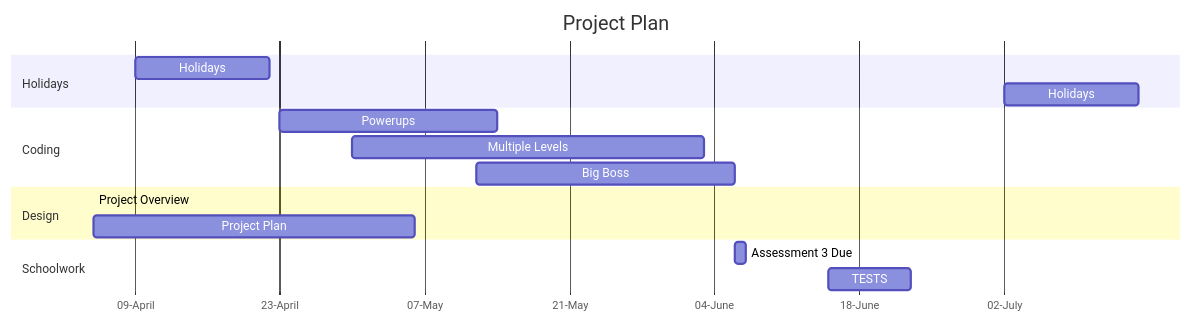
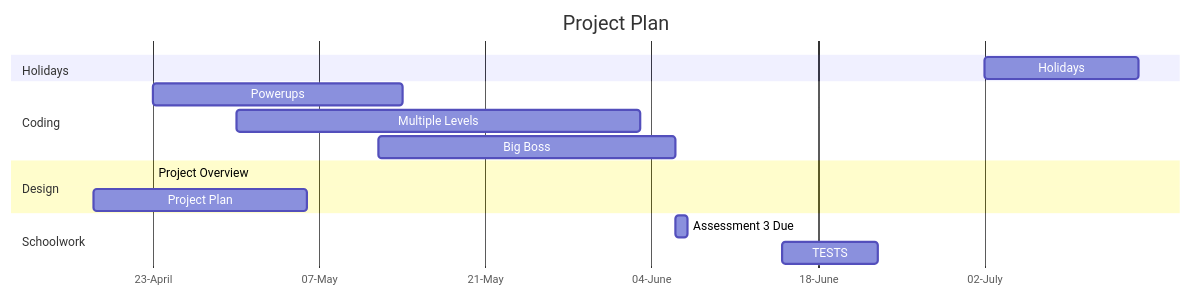
The second of 2 diagrams in design.md (0676693/Invade-Spacers), drawn with Mermaid before and after one commit. The commit also changed other lines of this file, not shown here.

````diff
--- a/design.md
+++ b/design.md
@@ -31,25 +40,23 @@
 ```mermaid
 gantt
     title Project Plan
 dateFormat DD-MM-YY
 axisFormat %d-%B
 tickInterval 2week
 
 section Holidays
-Holidays: 09-04-23, 22-04-23
 Holidays: 02-07-23, 15-07-23
 
 section Coding
 Powerups: 23-04-23, 14-05-23
 Multiple Levels: 30-04-23, 03-06-23
 Big Boss: 12-05-23, 06-06-23
 
 section Design
-Project Overview:05-04-23, id
-Project Plan: 05-04-23, 06-05-23
-
+Project Overview:23-04-23, id
+Project Plan: 18-04-23, 06-05-23
 
 section Schoolwork
 Assessment 3 Due: 06-06-23, 07-06-23
 TESTS: 15-06-23, 23-06-23
 ```
````
